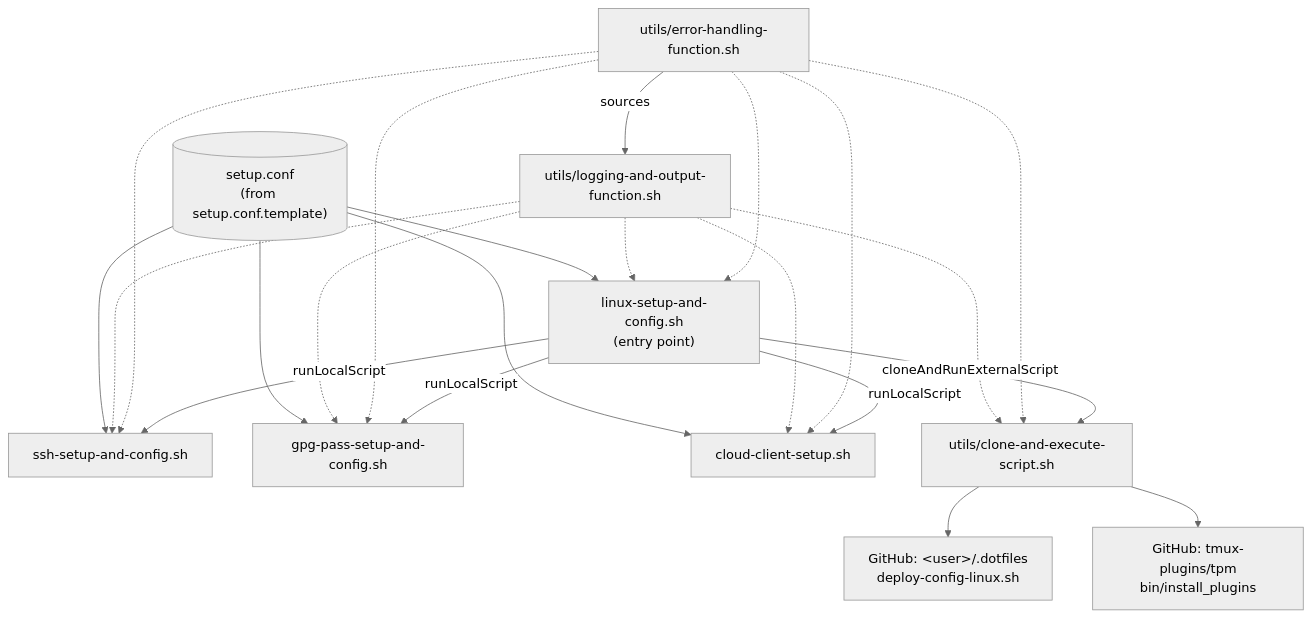
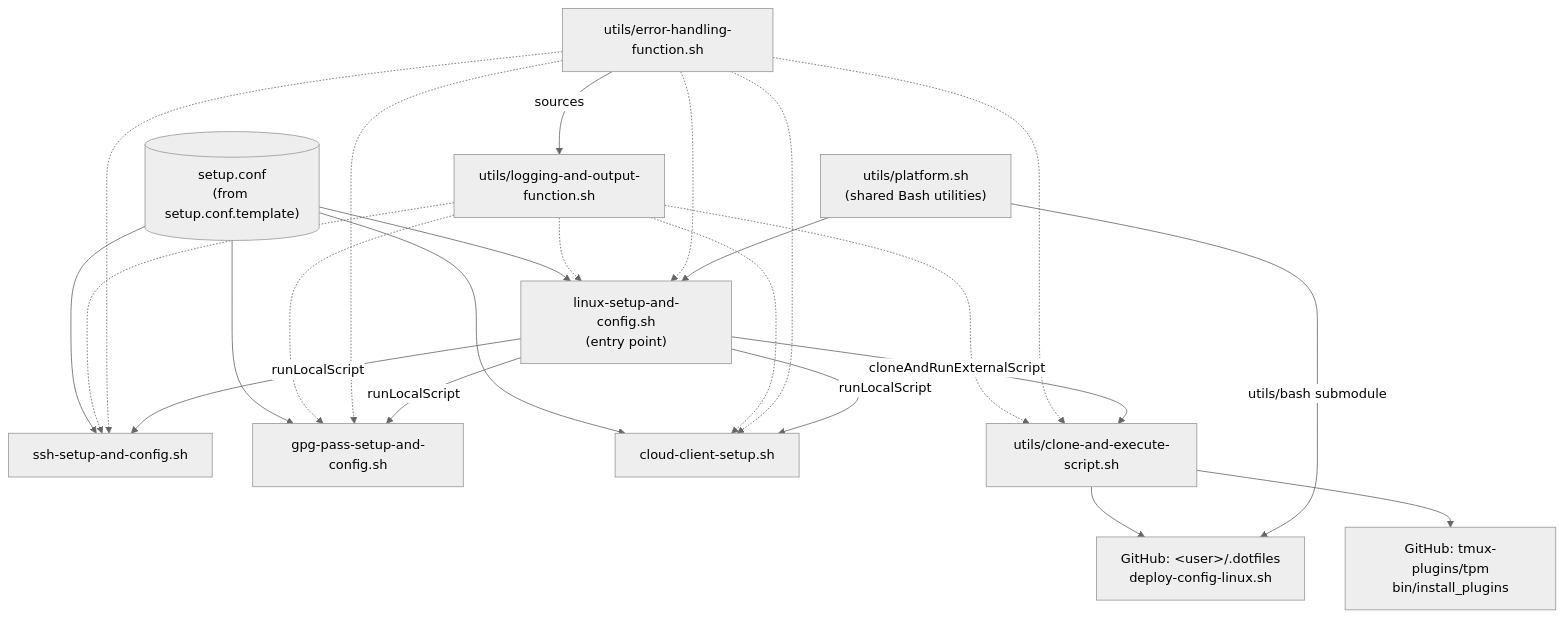
The first of 4 diagrams in DEPENDENCIES.md (norsemangrey/linux-setup-deployer), drawn with Mermaid (neutral theme) before and after one commit. The commit also changed other lines of this file and 4 other files, not shown here.

````diff
--- a/DEPENDENCIES.md
+++ b/DEPENDENCIES.md
@@ -11,35 +11,38 @@
 ```mermaid
 flowchart TD
     main["linux-setup-and-config.sh<br/>(entry point)"]
     ssh["ssh-setup-and-config.sh"]
     gpg["gpg-pass-setup-and-config.sh"]
     cloud["cloud-client-setup.sh"]
     conf[("setup.conf<br/>(from setup.conf.template)")]
     logger["utils/logging-and-output-function.sh"]
     err["utils/error-handling-function.sh"]
     cae["utils/clone-and-execute-script.sh"]
+    platform["utils/platform.sh<br/>(shared Bash utilities)"]
     dotfiles["GitHub: &lt;user&gt;/.dotfiles<br/>deploy-config-linux.sh"]
     tpm["GitHub: tmux-plugins/tpm<br/>bin/install_plugins"]
 
     conf --> main
     conf --> ssh
     conf --> gpg
     conf --> cloud
     logger -.-> main
     logger -.-> ssh
     logger -.-> gpg
     logger -.-> cloud
     logger -.-> cae
     err -.-> main
     err -.-> ssh
     err -.-> gpg
     err -.-> cloud
     err -.-> cae
     err -->|sources| logger
     main -->|runLocalScript| ssh
     main -->|runLocalScript| gpg
     main -->|runLocalScript| cloud
     main -->|cloneAndRunExternalScript| cae
     cae --> dotfiles
     cae --> tpm
+    platform --> main
+    platform -->|utils/bash submodule| dotfiles
 ```
````
